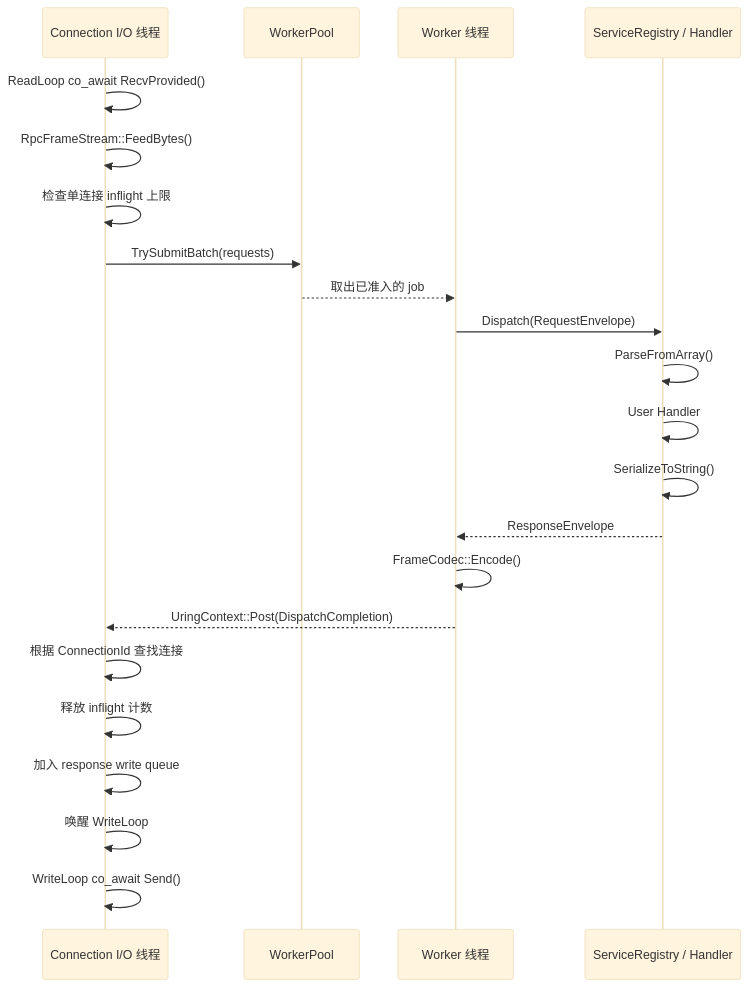
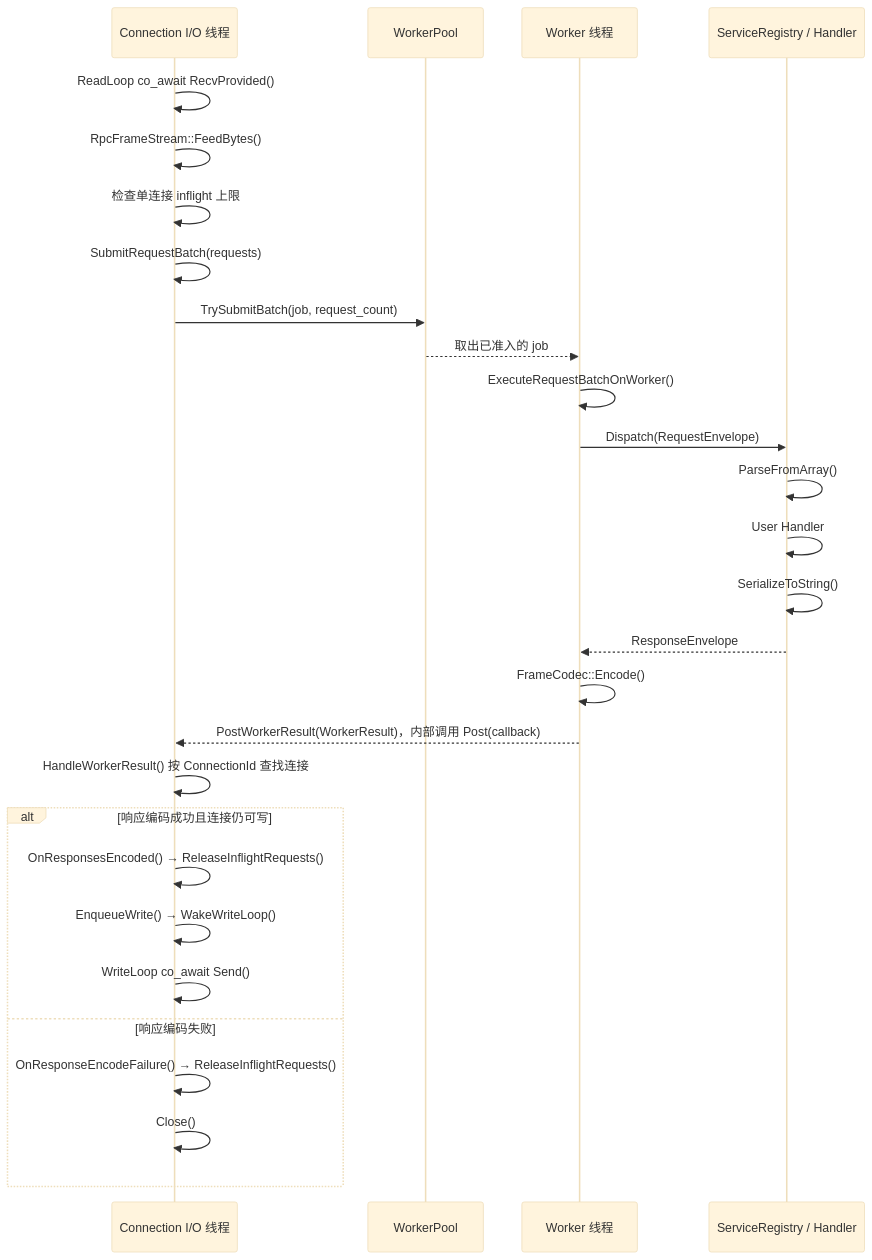
The second of 4 diagrams in docs/server-runtime.md (yuedongcun/xrpc-cpp), drawn with Mermaid (base theme) before and after one commit. The commit also changed other lines of this file and 19 other files, not shown here.

````diff
--- a/docs/server-runtime.md
+++ b/docs/server-runtime.md
@@ -102,28 +102,34 @@
 ```mermaid
 sequenceDiagram
   participant IO as Connection I/O 线程
   participant Pool as WorkerPool
   participant Worker as Worker 线程
   participant Handler as ServiceRegistry / Handler
 
   IO->>IO: ReadLoop co_await RecvProvided()
   IO->>IO: RpcFrameStream::FeedBytes()
   IO->>IO: 检查单连接 inflight 上限
-  IO->>Pool: TrySubmitBatch(requests)
+  IO->>IO: SubmitRequestBatch(requests)
+  IO->>Pool: TrySubmitBatch(job, request_count)
 
   Pool-->>Worker: 取出已准入的 job
+  Worker->>Worker: ExecuteRequestBatchOnWorker()
 
   Worker->>Handler: Dispatch(RequestEnvelope)
   Handler->>Handler: ParseFromArray()
   Handler->>Handler: User Handler
   Handler->>Handler: SerializeToString()
   Handler-->>Worker: ResponseEnvelope
 
   Worker->>Worker: FrameCodec::Encode()
-  Worker-->>IO: UringContext::Post(DispatchCompletion)
-  IO->>IO: 根据 ConnectionId 查找连接
-  IO->>IO: 释放 inflight 计数
-  IO->>IO: 加入 response write queue
-  IO->>IO: 唤醒 WriteLoop
-  IO->>IO: WriteLoop co_await Send()
+  Worker-->>IO: PostWorkerResult(WorkerResult)，内部调用 Post(callback)
+  IO->>IO: HandleWorkerResult() 按 ConnectionId 查找连接
+  alt 响应编码成功且连接仍可写
+    IO->>IO: OnResponsesEncoded() → ReleaseInflightRequests()
+    IO->>IO: EnqueueWrite() → WakeWriteLoop()
+    IO->>IO: WriteLoop co_await Send()
+  else 响应编码失败
+    IO->>IO: OnResponseEncodeFailure() → ReleaseInflightRequests()
+    IO->>IO: Close()
+  end
 ```
````
